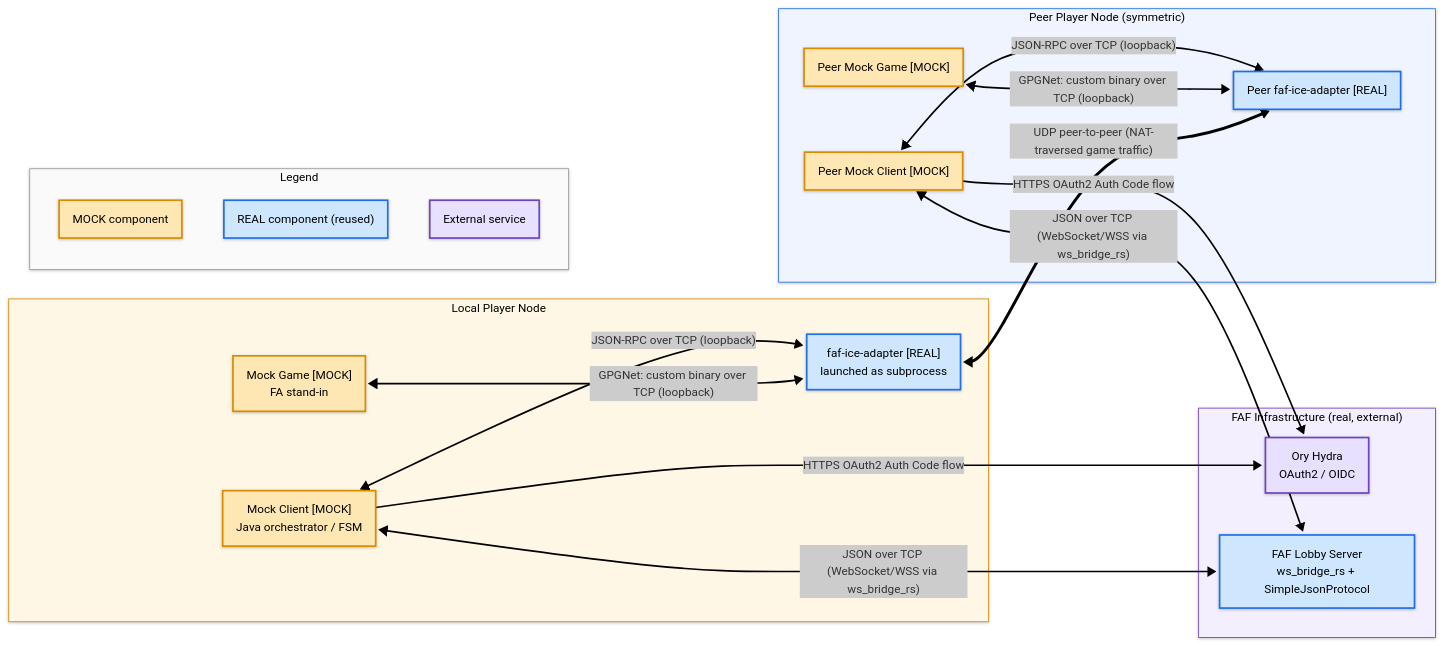
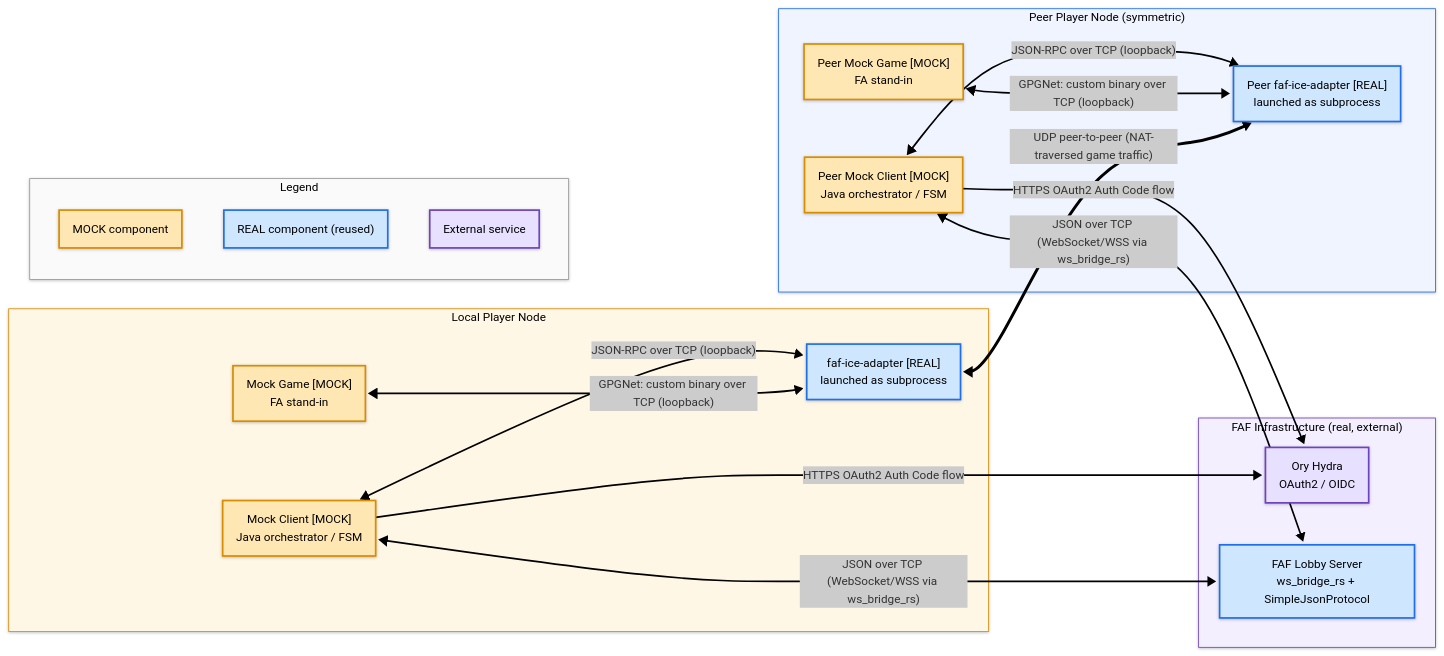
Before and after one commit to md-173/faf-test-harness: the diagram in documentation/diagrams/architecture.md, drawn with Mermaid.

Commit message:
docs: fix architecutre.md node symmetry

````diff
--- a/documentation/diagrams/architecture.md
+++ b/documentation/diagrams/architecture.md
@@ -14,49 +14,49 @@
 ```mermaid
 ---
 config:
   fontFamily: '''Recursive Variable'', sans-serif'
   themeVariables:
     fontFamily: '''Recursive Variable'', sans-serif'
   theme: neo
   look: neo
 ---
 flowchart LR
     classDef mock fill:#ffe7b3,stroke:#d98c00,stroke-width:2px,color:#000
     classDef real fill:#cfe6ff,stroke:#1f6feb,stroke-width:2px,color:#000
     classDef external fill:#e7e0ff,stroke:#6f42c1,stroke-width:2px,color:#000
     subgraph FAF["FAF Infrastructure (real, external)"]
         HYDRA["Ory Hydra<br/>OAuth2 / OIDC"]
         LS["FAF Lobby Server<br/>ws_bridge_rs + SimpleJsonProtocol"]
     end
     subgraph LOCAL["Local Player Node"]
         MC["Mock Client [MOCK]<br/>Java orchestrator / FSM"]
         IA["faf-ice-adapter [REAL]<br/>launched as subprocess"]
         MG["Mock Game [MOCK]<br/>FA stand-in"]
     end
     subgraph PEER["Peer Player Node (symmetric)"]
-        PMC["Peer Mock Client [MOCK]"]
-        PIA["Peer faf-ice-adapter [REAL]"]
-        PMG["Peer Mock Game [MOCK]"]
+        PMC["Peer Mock Client [MOCK]<br/>Java orchestrator / FSM"]
+        PIA["Peer faf-ice-adapter [REAL]<br/>launched as subprocess"]
+        PMG["Peer Mock Game [MOCK]<br/>FA stand-in"]
     end
     subgraph LEGEND["Legend"]
         L1["MOCK component"]
         L2["REAL component (reused)"]
         L3["External service"]
     end
     MC  -->|"HTTPS OAuth2 Auth Code flow"| HYDRA
     PMC -->|"HTTPS OAuth2 Auth Code flow"| HYDRA
     MC  <-->|"JSON over TCP (WebSocket/WSS via ws_bridge_rs)"| LS
     PMC <-->|"JSON over TCP (WebSocket/WSS via ws_bridge_rs)"| LS
     MC  <-->|"JSON-RPC over TCP (loopback)"| IA
     MG  <-->|"GPGNet: custom binary over TCP (loopback)"| IA
     PMC <-->|"JSON-RPC over TCP (loopback)"| PIA
     PMG <-->|"GPGNet: custom binary over TCP (loopback)"| PIA
     IA <==>|"UDP peer-to-peer (NAT-traversed game traffic)"| PIA
     class MC,MG,PMC,PMG,L1 mock
     class IA,LS,PIA,L2 real
     class HYDRA,L3 external
     style FAF fill:#f4efff,stroke:#6f42c1,stroke-width:1px
     style LOCAL fill:#fff7e6,stroke:#d98c00,stroke-width:1px
     style PEER fill:#f0f4ff,stroke:#1f6feb,stroke-width:1px
     style LEGEND fill:#fafafa,stroke:#999999,stroke-width:1px
 ```
````
